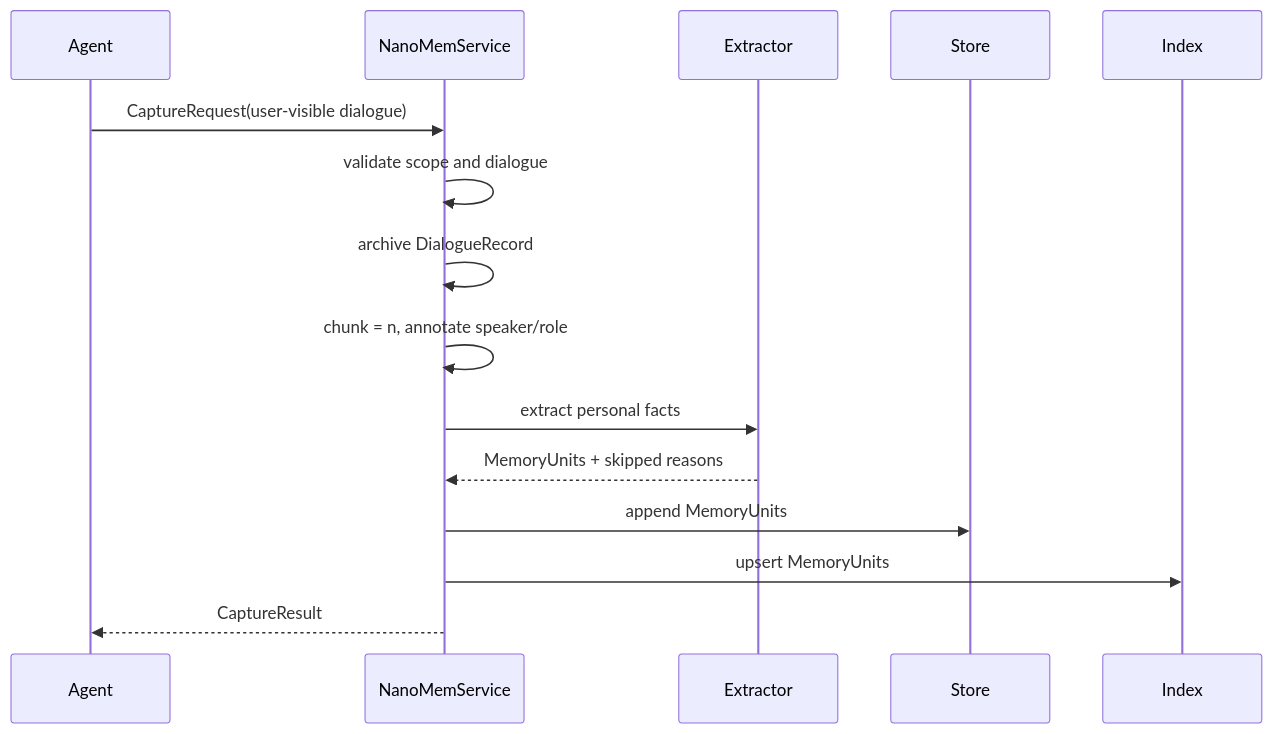
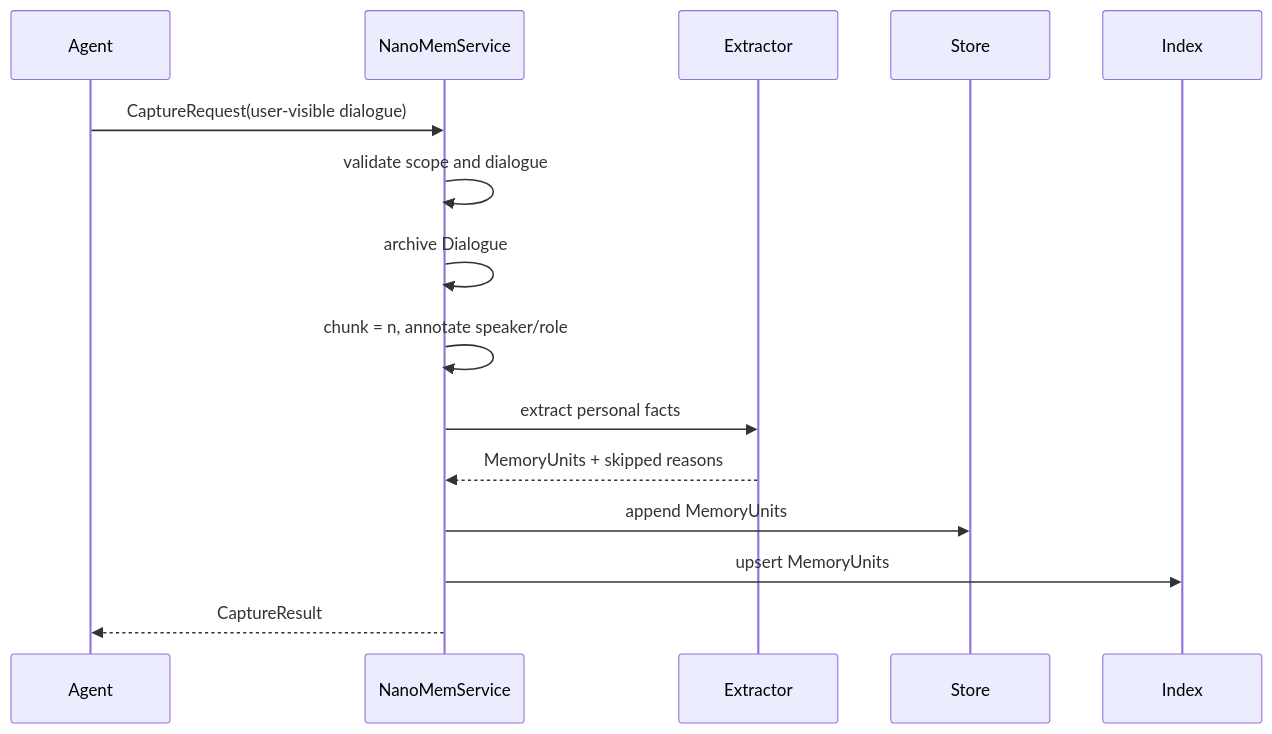
Before and after one commit to Linzwcs/nanomem: the third of 5 diagrams in docs/architecture-overview.md, drawn with Mermaid. The commit also changed 41 other files, not shown here.

````diff
--- a/docs/architecture-overview.md
+++ b/docs/architecture-overview.md
@@ -76,18 +76,18 @@
 ```mermaid
 sequenceDiagram
   participant Agent
   participant Service as NanoMemService
   participant Extractor
   participant Store
   participant Index
 
   Agent->>Service: CaptureRequest(user-visible dialogue)
   Service->>Service: validate scope and dialogue
-  Service->>Service: archive DialogueRecord
+  Service->>Service: archive Dialogue
   Service->>Service: chunk = n, annotate speaker/role
   Service->>Extractor: extract personal facts
   Extractor-->>Service: MemoryUnits + skipped reasons
   Service->>Store: append MemoryUnits
   Service->>Index: upsert MemoryUnits
   Service-->>Agent: CaptureResult
 ```
````
